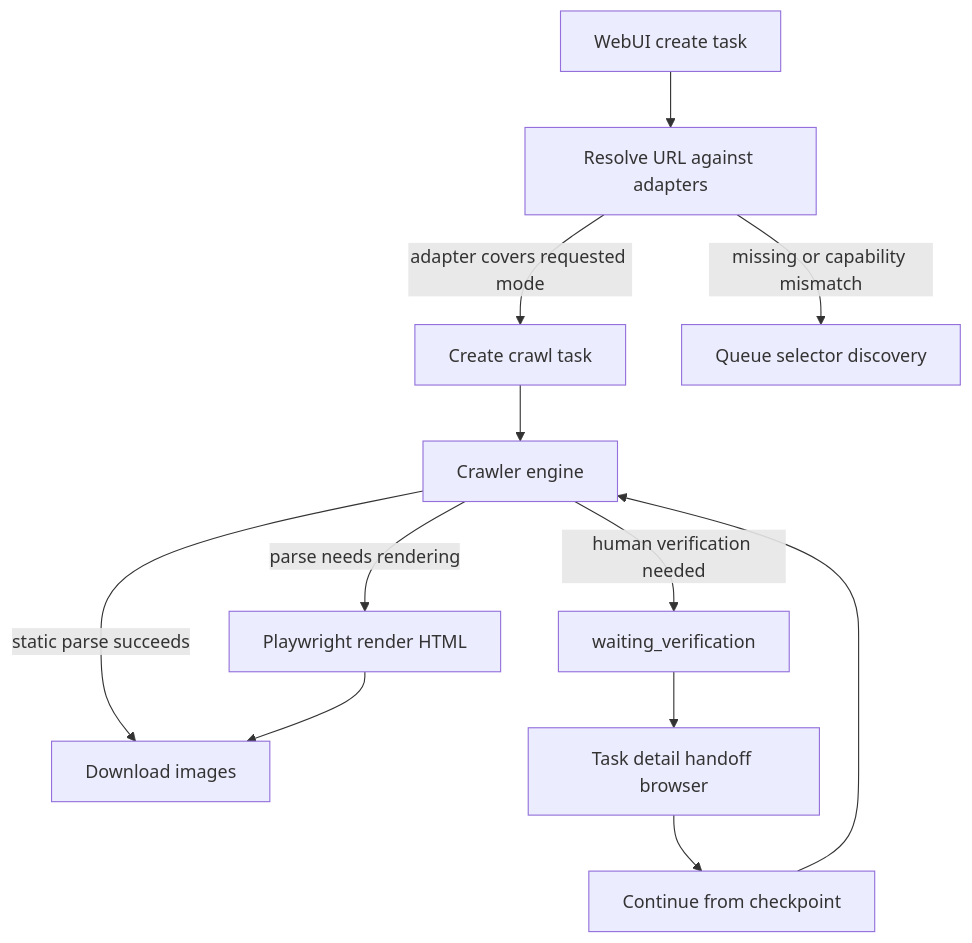
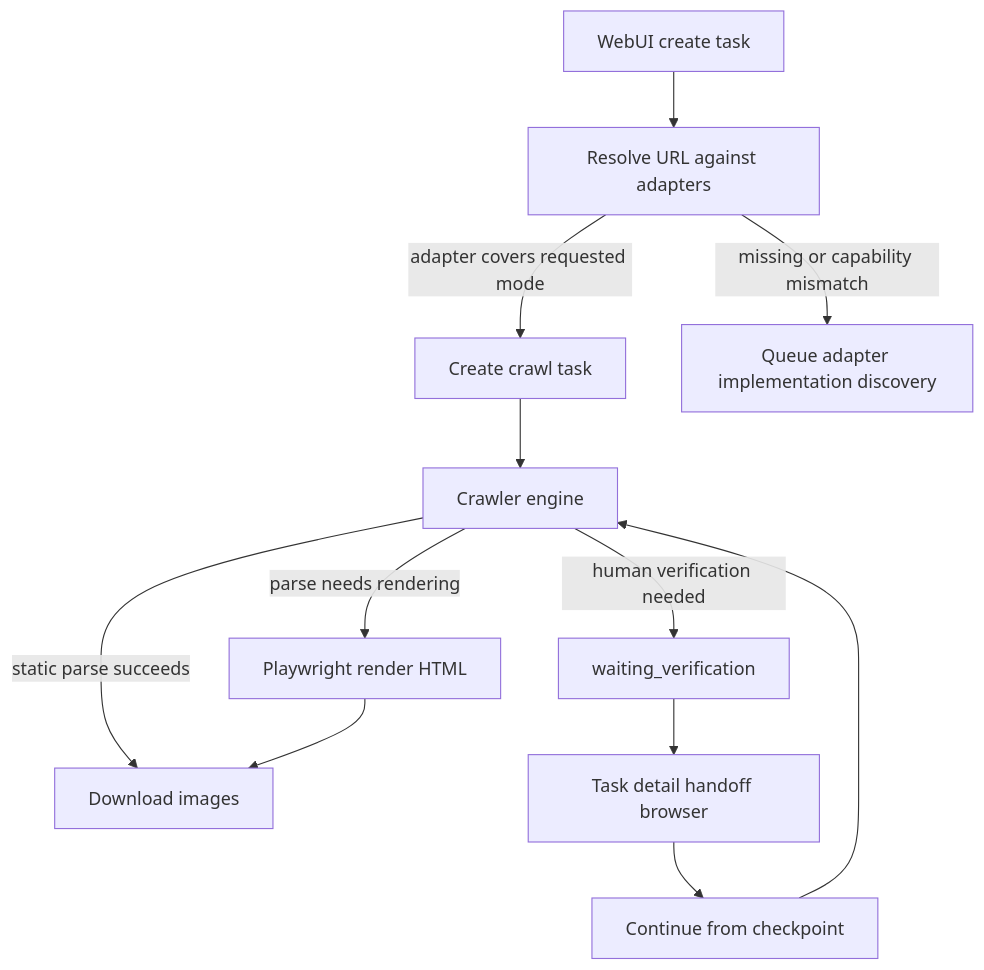
The diagram in docs/ARCHITECTURE.md (luberserker0v0/comic-crawler), drawn with Mermaid before and after one commit. The commit also changed other lines of this file and 35 other files, not shown here.

Commit message:
Align AO discovery with AdapterBase drafts

````diff
--- a/docs/ARCHITECTURE.md
+++ b/docs/ARCHITECTURE.md
@@ -39,14 +39,14 @@
 ```mermaid
 flowchart TD
   UI["WebUI create task"] --> Resolve["Resolve URL against adapters"]
   Resolve -->|adapter covers requested mode| Queue["Create crawl task"]
-  Resolve -->|missing or capability mismatch| Discovery["Queue selector discovery"]
+  Resolve -->|missing or capability mismatch| Discovery["Queue adapter implementation discovery"]
   Queue --> Crawl["Crawler engine"]
   Crawl -->|static parse succeeds| Download["Download images"]
   Crawl -->|parse needs rendering| Headless["Playwright render HTML"]
   Headless --> Download
   Crawl -->|human verification needed| Wait["waiting_verification"]
   Wait --> Handoff["Task detail handoff browser"]
   Handoff --> Resume["Continue from checkpoint"]
   Resume --> Crawl
 ```
````
